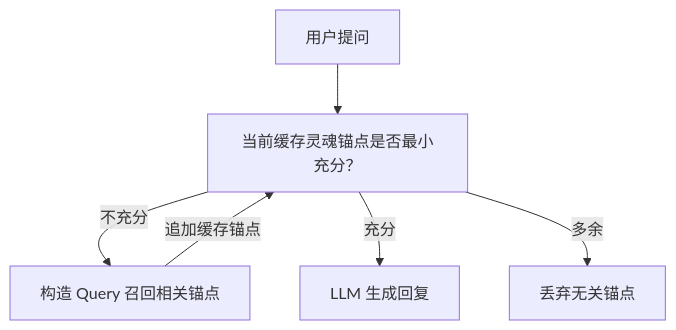
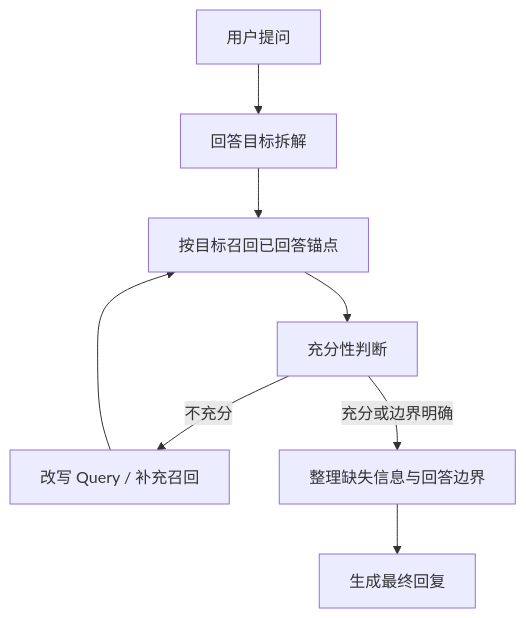
Before and after one commit to zccz14/ReMi: the second of 3 diagrams in README.md, drawn with Mermaid. The commit also changed other lines of this file and 11 other files, not shown here.

````diff
--- a/README.md
+++ b/README.md
@@ -97,8 +96,10 @@
 ```mermaid
 graph TD
-    A[用户提问] --> B[当前缓存灵魂锚点是否最小充分？]
-    B -- 不充分 --> C[构造 Query 召回相关锚点]
-    B -- 充分 --> D[LLM 生成回复]
-    C -- 追加缓存锚点 --> B
-    B -- 多余 --> E[丢弃无关锚点]
+    A[用户提问] --> B[回答目标拆解]
+    B --> C[按目标召回已回答锚点]
+    C --> D[充分性判断]
+    D -- 不充分 --> E[改写 Query / 补充召回]
+    E --> C
+    D -- 充分或边界明确 --> F[整理缺失信息与回答边界]
+    F --> G[生成最终回复]
 ```
````
